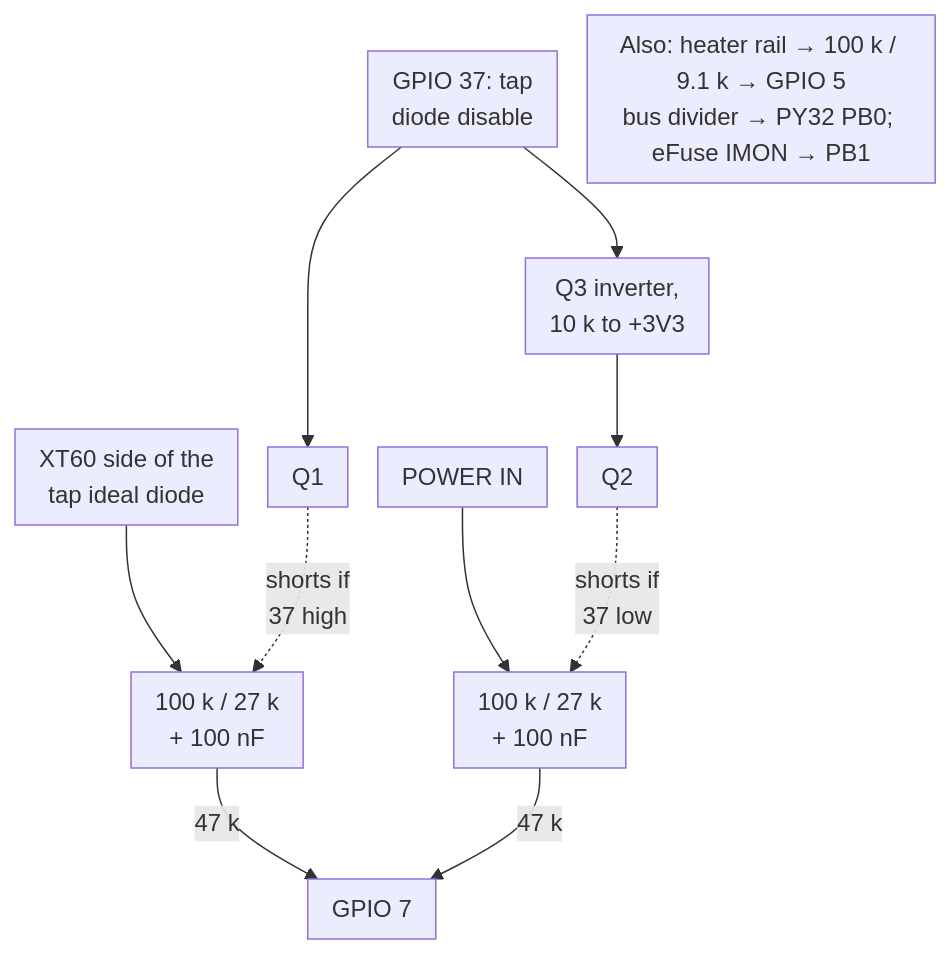
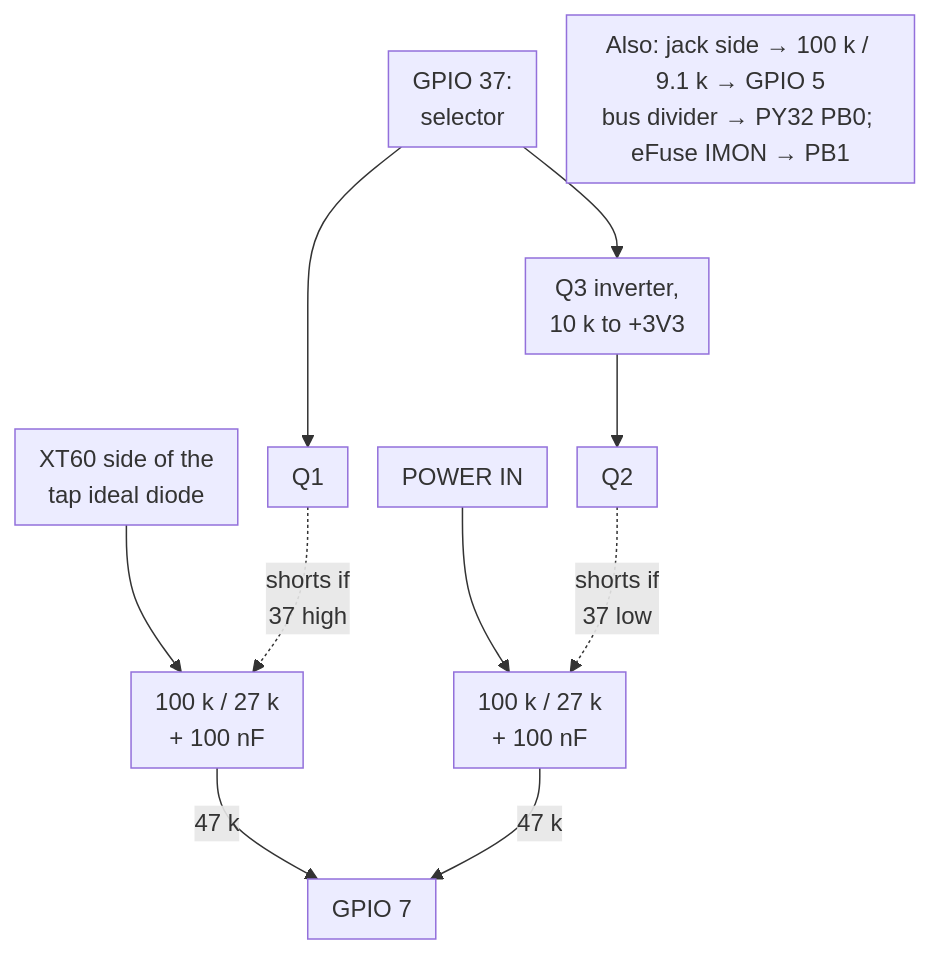
The second of 3 diagrams in docs/02_hardware_specification.md (BashfulBits/3dp-fleet-exhaust), drawn with Mermaid before and after one commit. The commit also changed other lines of this file and 6 other files, not shown here.

````diff
--- a/docs/02_hardware_specification.md
+++ b/docs/02_hardware_specification.md
@@ -84,13 +86,13 @@
 ```mermaid
 %%{init: {'flowchart': {'nodeSpacing': 20, 'padding': 8}}}%%
 flowchart TB
   XT["XT60 side of the<br>tap ideal diode"] --> DX["100 k / 27 k<br>+ 100 nF"]
   PIN["POWER IN"] --> DP["100 k / 27 k<br>+ 100 nF"]
   DX -->|"47 k"| G7["GPIO 7"]
   DP -->|"47 k"| G7
-  G37["GPIO 37: tap<br>diode disable"] --> Q1["Q1"]
+  G37["GPIO 37:<br>selector"] --> Q1["Q1"]
   G37 --> Q3["Q3 inverter,<br>10 k to +3V3"] --> Q2["Q2"]
   Q1 -.->|"shorts if<br>37 high"| DX
   Q2 -.->|"shorts if<br>37 low"| DP
-  O["Also: heater rail → 100 k / 9.1 k → GPIO 5<br>bus divider → PY32 PB0; eFuse IMON → PB1"]
+  O["Also: jack side → 100 k / 9.1 k → GPIO 5<br>bus divider → PY32 PB0; eFuse IMON → PB1"]
 ```
````
